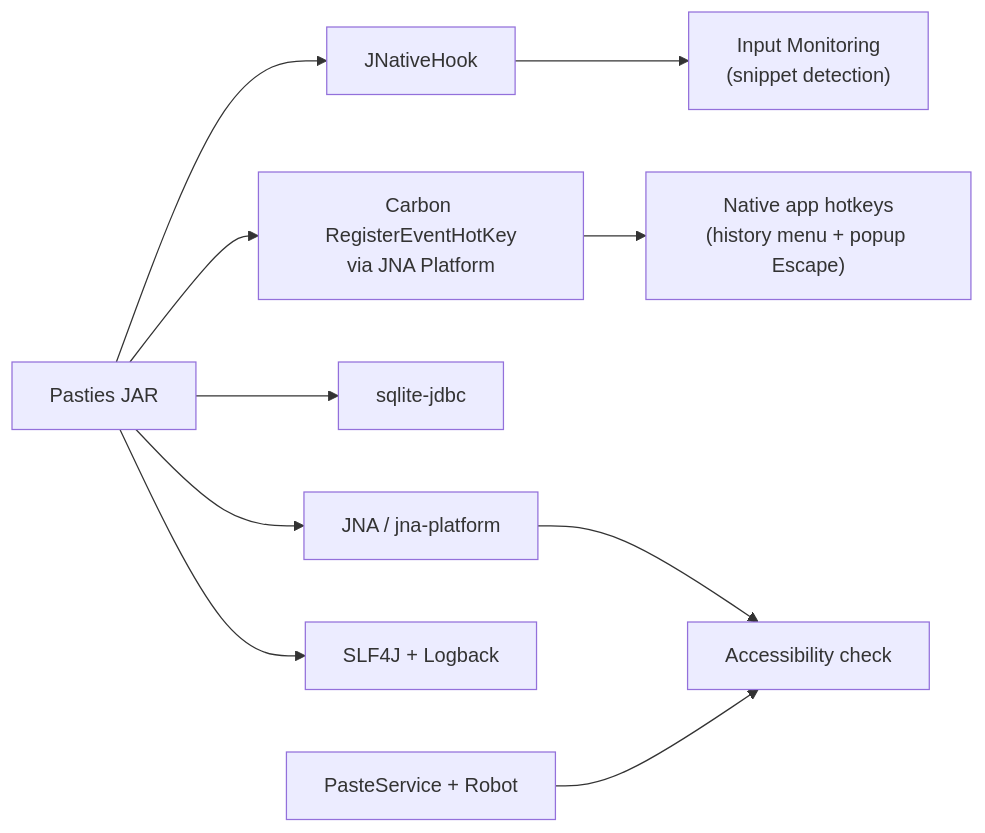
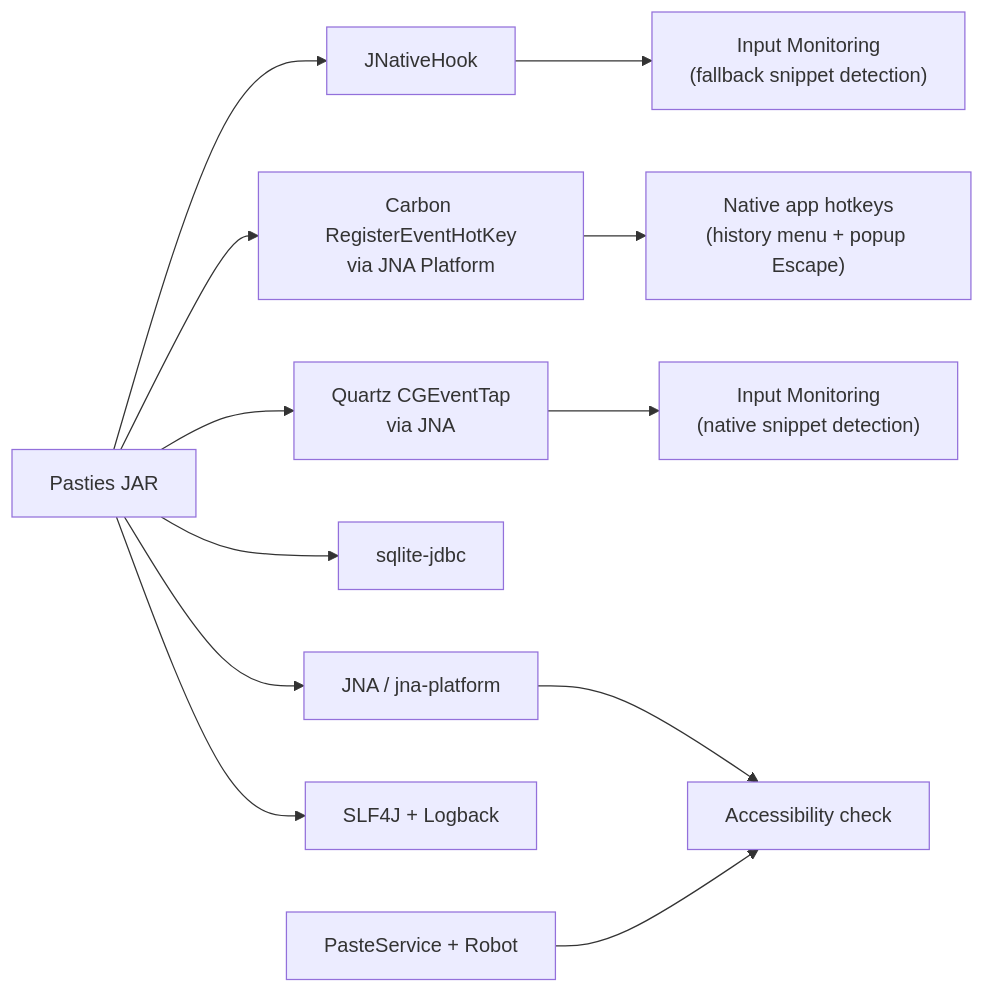
Before and after one commit to Meghna2528/Pasties: the fifth of 5 diagrams in Project Details.md, drawn with Mermaid. The commit also changed other lines of this file and 12 other files, not shown here.

````diff
--- a/Project Details.md
+++ b/Project Details.md
@@ -545,14 +568,16 @@
 ```mermaid
 flowchart LR
     Pasties["Pasties JAR"]
     Pasties --> JNH["JNativeHook"]
     Pasties --> Carbon["Carbon RegisterEventHotKey<br/>via JNA Platform"]
+    Pasties --> Quartz["Quartz CGEventTap<br/>via JNA"]
     Pasties --> JDBC["sqlite-jdbc"]
     Pasties --> JNA["JNA / jna-platform"]
     Pasties --> Log["SLF4J + Logback"]
 
-    JNH --> macPerm1["Input Monitoring<br/>(snippet detection)"]
+    JNH --> macPerm1["Input Monitoring<br/>(fallback snippet detection)"]
     Carbon --> macHotkey["Native app hotkeys<br/>(history menu + popup Escape)"]
+    Quartz --> macPerm3["Input Monitoring<br/>(native snippet detection)"]
     JNA --> macPerm2["Accessibility check"]
     Paste["PasteService + Robot"] --> macPerm2
 ```
````
